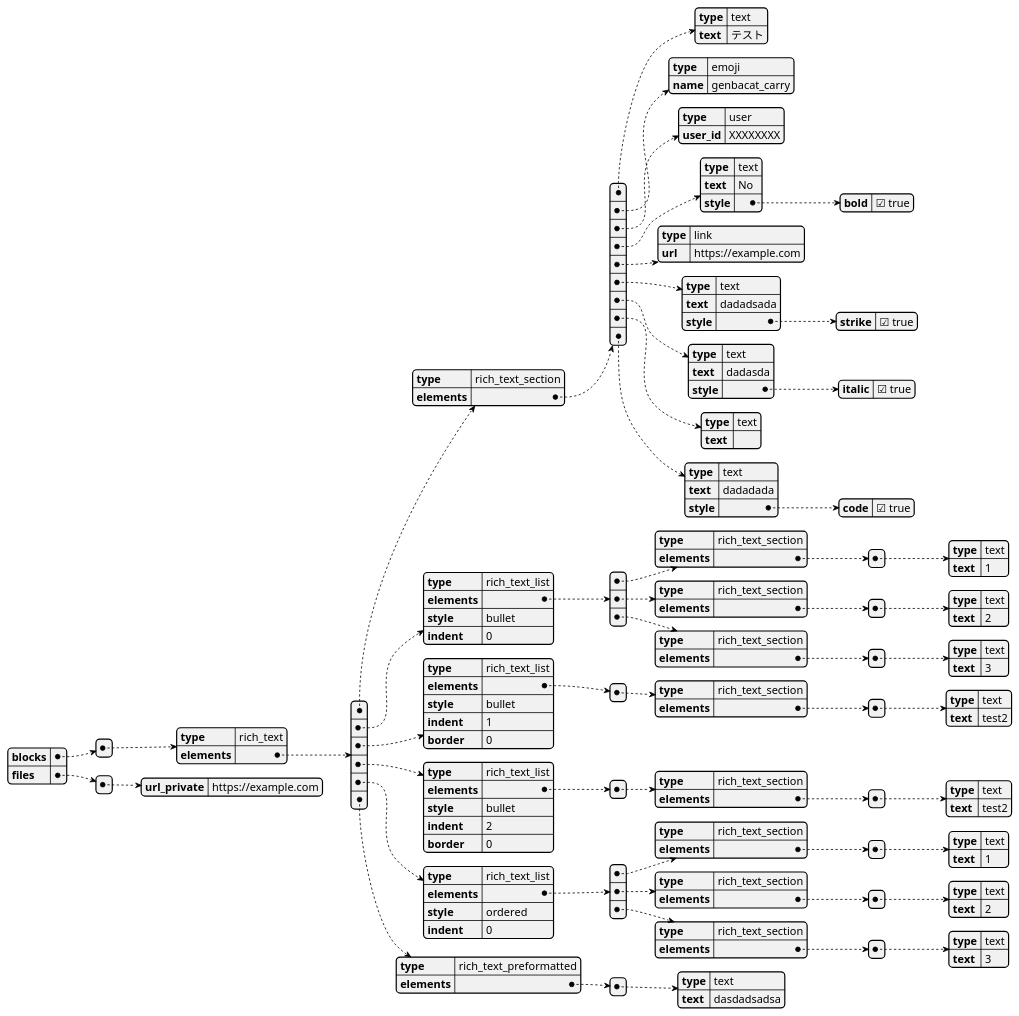
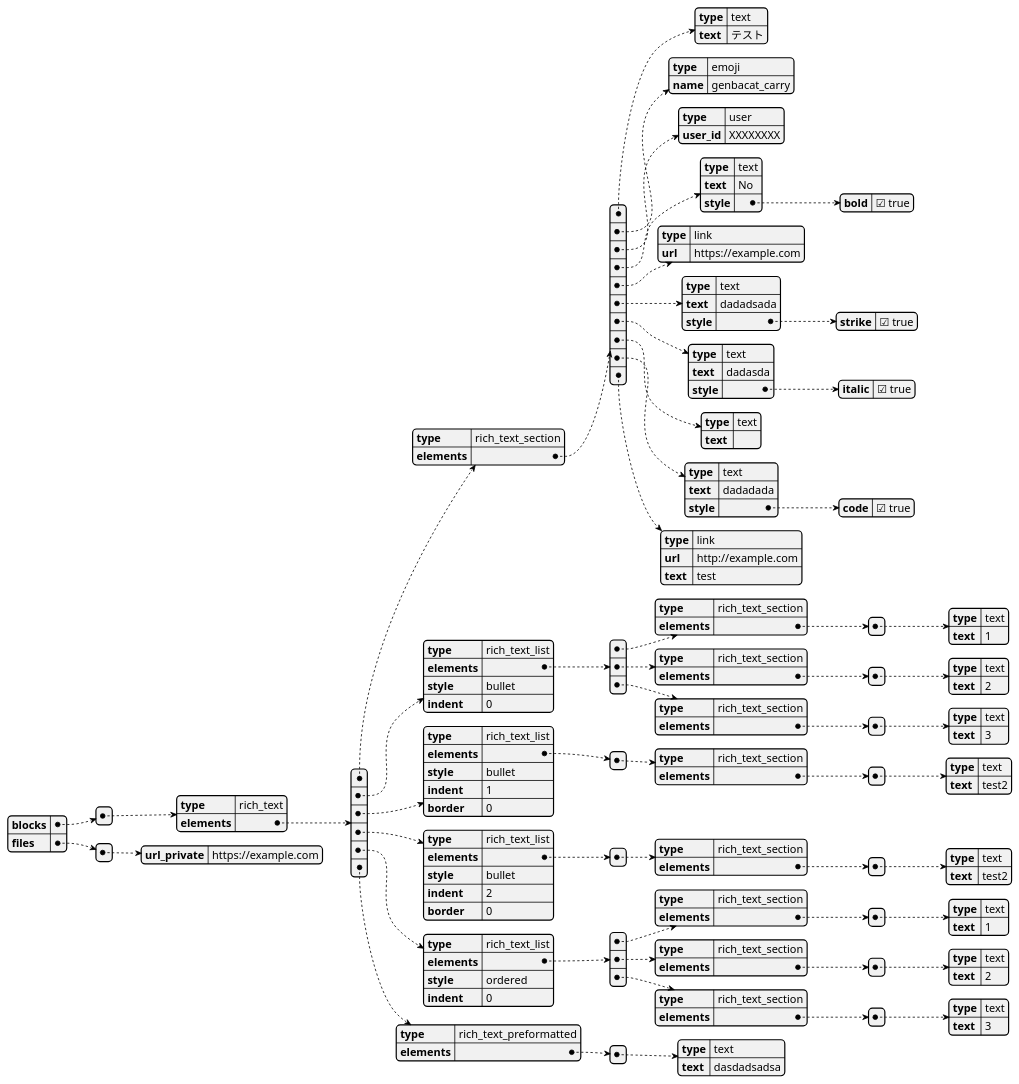
One commit to A-yum3/slack-pdf-bot changed the diagram in doc/message_pattern.puml. Above: the diagram before and after it, drawn with PlantUML. The commit also changed 1 other file, not shown here.

```diff
--- a/doc/message_pattern.puml
+++ b/doc/message_pattern.puml
@@ -1,182 +1,187 @@
 @startjson
 
 {
   "blocks": [
     {
       "type": "rich_text",
       "elements": [
         {
           "type": "rich_text_section",
           "elements": [
             {
               "type": "text",
               "text": "テスト"
             },
             {
               "type": "emoji",
               "name": "genbacat_carry"
             },
             {
               "type": "user",
               "user_id": "XXXXXXXX"
             },
             {
               "type": "text",
               "text": "No",
               "style": {
                 "bold": true
               }
             },
             {
               "type": "link",
               "url": "https://example.com"
             },
             {
               "type": "text",
               "text": "dadadsada",
               "style": {
                 "strike": true
               }
             },
             {
               "type": "text",
               "text": "dadasda",
               "style":{
                 "italic": true
               }
             },
             {
               "type": "text",
               "text": "\n"
             },
             {
               "type": "text",
               "text": "dadadada",
               "style": {
                 "code": true
               }
+            },
+            {
+                "type": "link",
+                "url": "http://example.com",
+                "text": "test"
             }
           ]
         },
         {
           "type": "rich_text_list",
           "elements": [
             {
               "type": "rich_text_section",
               "elements": [
                 {
                   "type": "text",
                   "text": "1"
                 }
               ]
             },
             {
               "type": "rich_text_section",
               "elements": [
                 {
                   "type": "text",
                   "text": "2"
                 }
               ]
             },
             {
               "type": "rich_text_section",
               "elements": [
                 {
                   "type": "text",
                   "text": "3"
                 }
               ]
             }
           ],
           "style": "bullet",
           "indent": 0
         },
         {
             "type": "rich_text_list",
             "elements": [
                 {
                     "type": "rich_text_section",
                     "elements": [
                         {
                             "type": "text",
                             "text": "test2"
                         }
                     ]
                 }
             ],
             "style": "bullet",
             "indent": 1,
             "border": 0
         },
         {
             "type": "rich_text_list",
             "elements": [
                 {
                     "type": "rich_text_section",
                     "elements": [
                         {
                             "type": "text",
                             "text": "test2"
                         }
                     ]
                 }
             ],
             "style": "bullet",
             "indent": 2,
             "border": 0
         },
         {
           "type": "rich_text_list",
           "elements": [
             {
               "type": "rich_text_section",
               "elements": [
                 {
                   "type": "text",
                   "text": "1"
                 }
               ]
             },
             {
               "type": "rich_text_section",
               "elements": [
                 {
                   "type": "text",
                   "text": "2"
                 }
               ]
             },
             {
               "type": "rich_text_section",
               "elements": [
                 {
                   "type": "text",
                   "text": "3"
                 }
               ]
             }
           ],
           "style": "ordered",
           "indent": 0
         },
         {
           "type": "rich_text_preformatted",
           "elements": [
             {
               "type": "text",
               "text": "dasdadsadsa"
             }
           ]
         }
       ]
     }
   ],
   "files": [
     {
       "url_private": "https://example.com"
     }
   ]
 }
 
 @endjson
```
